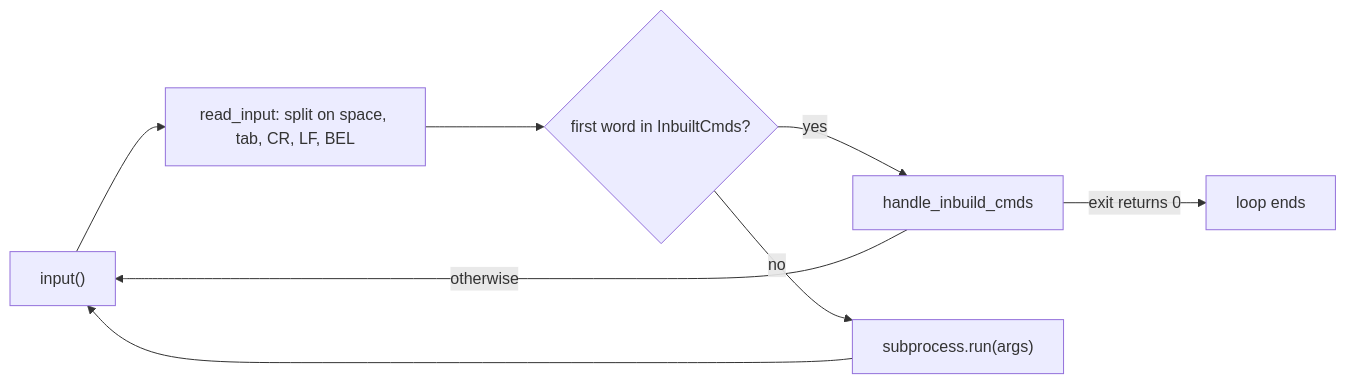
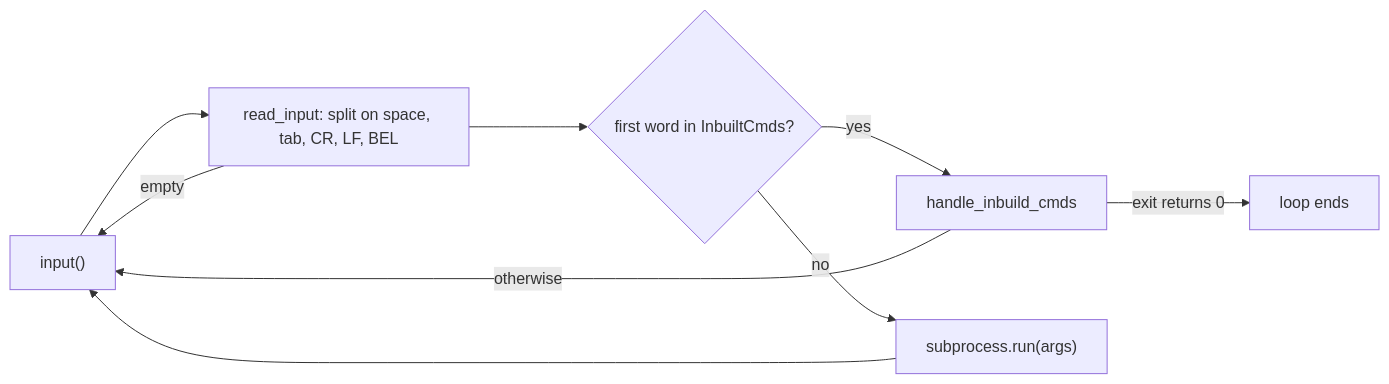
One commit to Avi-Rana-1718/piss changed the diagram in README.md. Above: the diagram before and after it, drawn with Mermaid. The commit also changed other lines of this file, not shown here.

````diff
--- a/README.md
+++ b/README.md
@@ -36,10 +37,11 @@
 ```mermaid
 flowchart LR
     A["input()"] --> B["read_input: split on space, tab, CR, LF, BEL"]
+    B -- "empty" --> A
     B --> C{"first word in InbuiltCmds?"}
     C -- yes --> D["handle_inbuild_cmds"]
     C -- no --> E["subprocess.run(args)"]
     D -- "exit returns 0" --> F["loop ends"]
     D -- "otherwise" --> A
     E --> A
 ```
````
